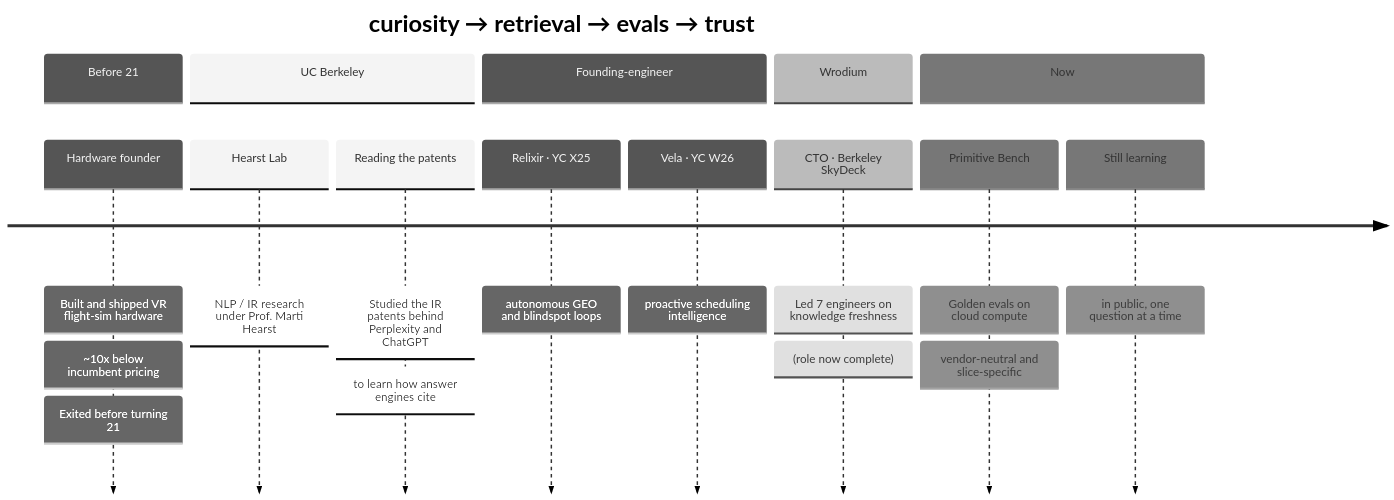
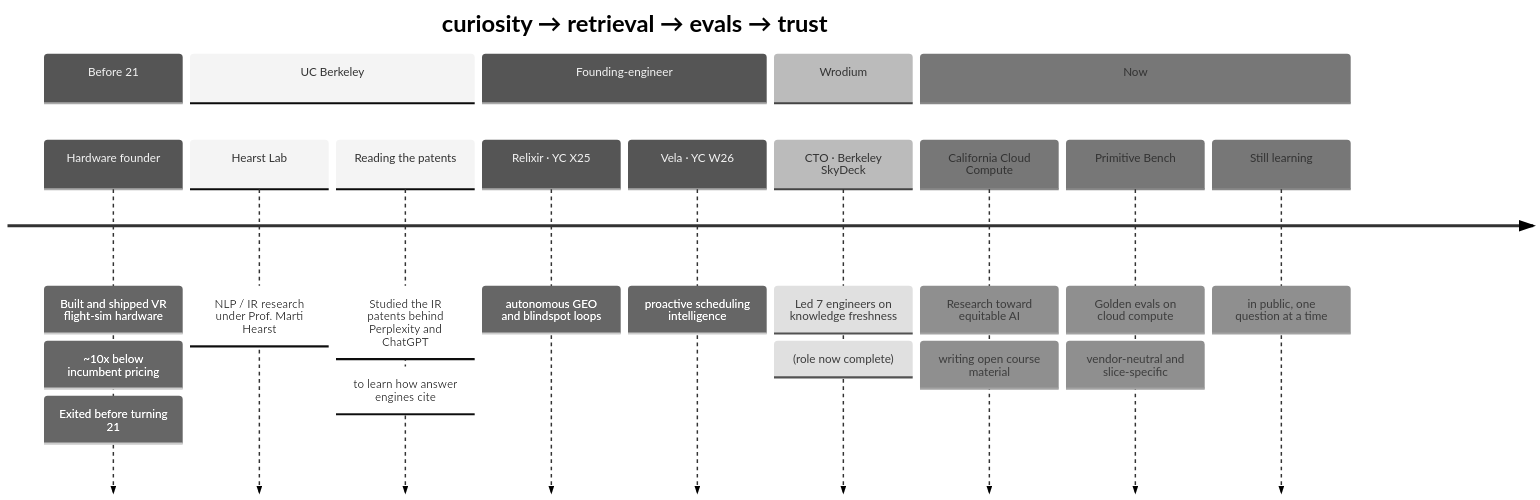
Before and after one commit to arlenk2021/arlenk2021: the first of 3 diagrams in README.md, drawn with Mermaid (neutral theme). The commit also changed other lines of this file, not shown here.

First line of the commit message:
Add California Cloud Compute: equitable-AI research + course material

````diff
--- a/README.md
+++ b/README.md
@@ -63,17 +64,18 @@
 ```mermaid
 timeline
     title  curiosity → retrieval → evals → trust
     section Before 21
         Hardware founder : Built and shipped VR flight-sim hardware : ~10x below incumbent pricing : Exited before turning 21
     section UC Berkeley
         Hearst Lab : NLP / IR research under Prof. Marti Hearst
         Reading the patents : Studied the IR patents behind Perplexity and ChatGPT : to learn how answer engines cite
     section Founding-engineer
         Relixir · YC X25 : autonomous GEO and blindspot loops
         Vela · YC W26 : proactive scheduling intelligence
     section Wrodium
         CTO · Berkeley SkyDeck : Led 7 engineers on knowledge freshness : (role now complete)
     section Now
+        California Cloud Compute : Research toward equitable AI : writing open course material
         Primitive Bench : Golden evals on cloud compute : vendor-neutral and slice-specific
         Still learning : in public, one question at a time
 ```
````
